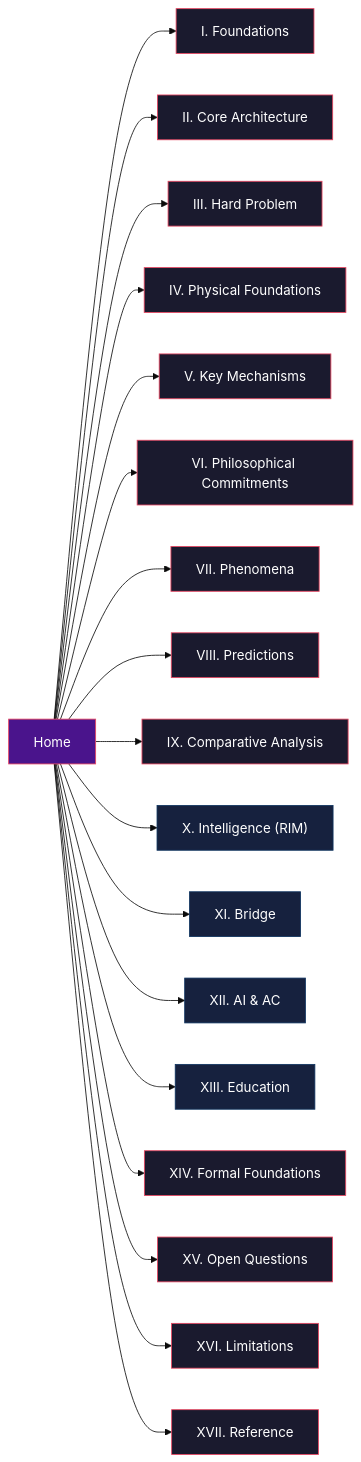
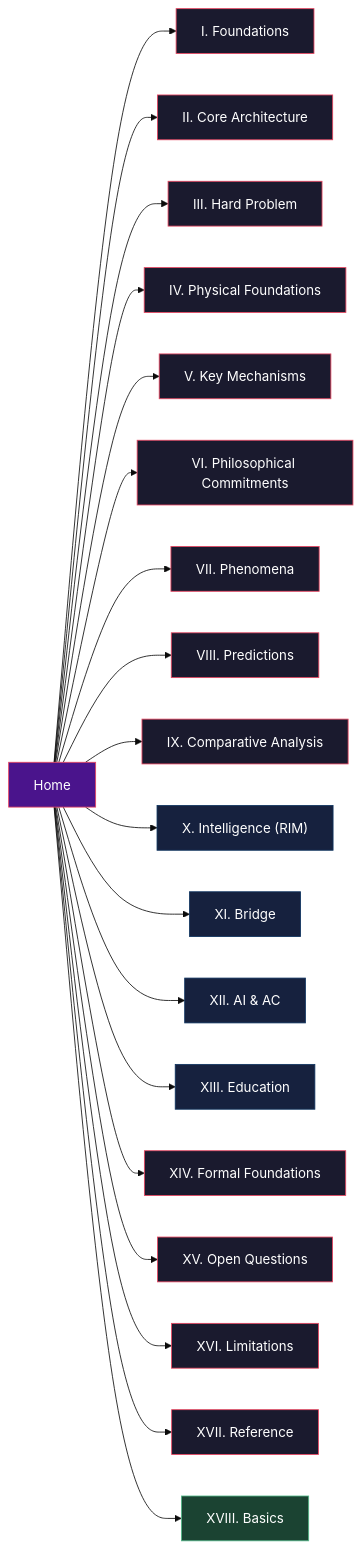
Before and after one commit to JeltzProstetnic/aIware: the diagram in wiki/index.md, drawn with Mermaid (base theme). The commit also changed other lines of this file and 116 other files, not shown here.

First line of the commit message:
Wiki post-production: 25 basics articles, SEO fix, citation DOI pass, figure audit

````diff
--- a/wiki/index.md
+++ b/wiki/index.md
@@ -23,41 +24,43 @@
 ```mermaid
 graph LR
     HOME["Home"]
 
     HOME --> F["I. Foundations"]
     HOME --> CA["II. Core Architecture"]
     HOME --> HP["III. Hard Problem"]
     HOME --> PF["IV. Physical Foundations"]
     HOME --> KM["V. Key Mechanisms"]
     HOME --> PC["VI. Philosophical Commitments"]
     HOME --> PH["VII. Phenomena"]
     HOME --> PR["VIII. Predictions"]
     HOME --> CO["IX. Comparative Analysis"]
     HOME --> RI["X. Intelligence (RIM)"]
     HOME --> BR["XI. Bridge"]
     HOME --> AI["XII. AI & AC"]
     HOME --> ED["XIII. Education"]
     HOME --> FO["XIV. Formal Foundations"]
     HOME --> OQ["XV. Open Questions"]
     HOME --> LI["XVI. Limitations"]
     HOME --> RE["XVII. Reference"]
+    HOME --> BA["XVIII. Basics"]
 
     style HOME fill:#4a148c,stroke:#e94560,color:#fff
     style F fill:#1a1a2e,stroke:#e94560,color:#fff
     style CA fill:#1a1a2e,stroke:#e94560,color:#fff
     style HP fill:#1a1a2e,stroke:#e94560,color:#fff
     style PF fill:#1a1a2e,stroke:#e94560,color:#fff
     style KM fill:#1a1a2e,stroke:#e94560,color:#fff
     style PC fill:#1a1a2e,stroke:#e94560,color:#fff
     style PH fill:#1a1a2e,stroke:#e94560,color:#fff
     style PR fill:#1a1a2e,stroke:#e94560,color:#fff
     style CO fill:#1a1a2e,stroke:#e94560,color:#fff
     style RI fill:#16213e,stroke:#0f3460,color:#fff
     style BR fill:#16213e,stroke:#0f3460,color:#fff
     style AI fill:#16213e,stroke:#0f3460,color:#fff
     style ED fill:#16213e,stroke:#0f3460,color:#fff
     style FO fill:#1a1a2e,stroke:#e94560,color:#fff
     style OQ fill:#1a1a2e,stroke:#e94560,color:#fff
     style LI fill:#1a1a2e,stroke:#e94560,color:#fff
     style RE fill:#1a1a2e,stroke:#e94560,color:#fff
+    style BA fill:#1b4332,stroke:#52b788,color:#fff
 ```
````
